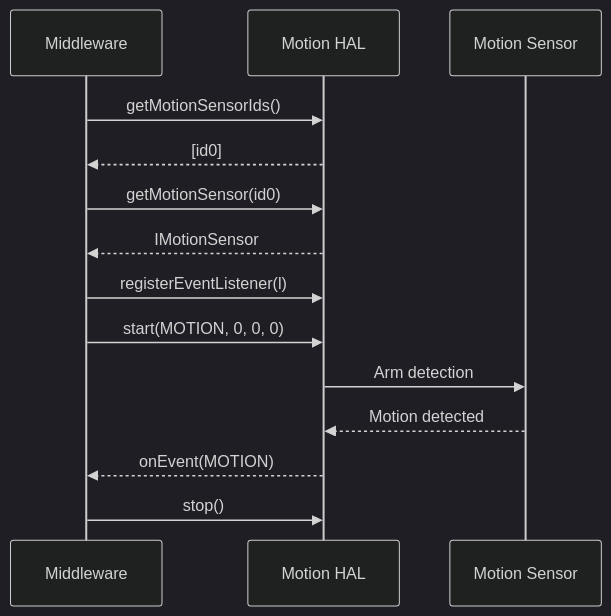
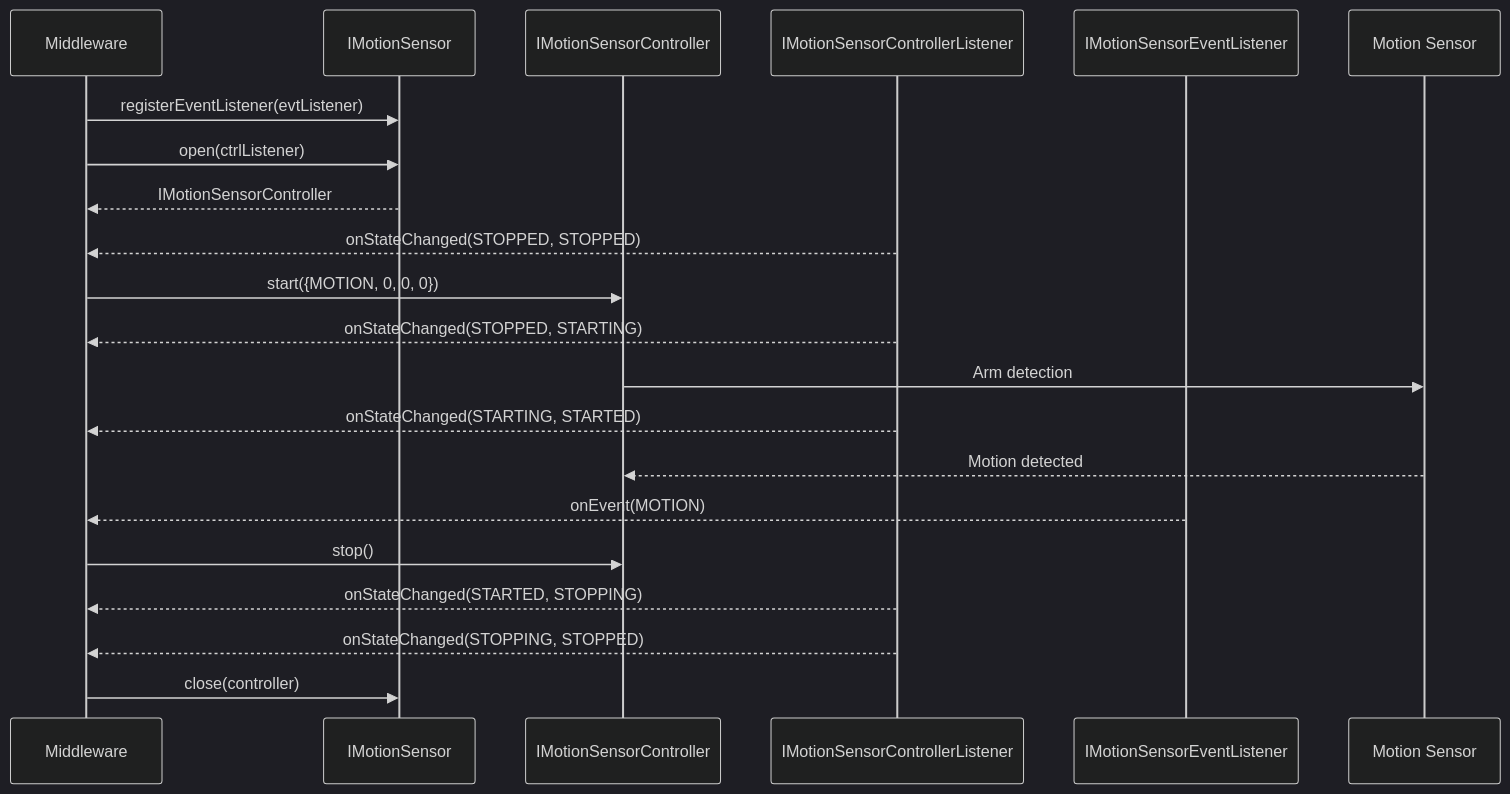
Before and after one commit to rdkcentral/rdk-halif-aidl: the second of 3 diagrams in docs/halif/sensor/current/motion/motion_sensor.md, drawn with Mermaid (dark theme). The commit also changed other lines of this file, not shown here.

First line of the commit message:
docs(motion_sensor): rewrite documentation for controller pattern (#427)

````diff
--- a/docs/halif/sensor/current/motion/motion_sensor.md
+++ b/docs/halif/sensor/current/motion/motion_sensor.md
@@ -216,17 +265,28 @@
 ```mermaid
 sequenceDiagram
     participant MW as Middleware
-    participant HAL as Motion HAL
-    participant Sensor as Motion Sensor
+    participant Sensor as IMotionSensor
+    participant Ctrl as IMotionSensorController
+    participant CtrlL as IMotionSensorControllerListener
+    participant EvtL as IMotionSensorEventListener
+    participant HW as Motion Sensor
 
-    MW->>HAL: getMotionSensorIds()
-    HAL-->>MW: [id0]
-    MW->>HAL: getMotionSensor(id0)
-    HAL-->>MW: IMotionSensor
-    MW->>HAL: registerEventListener(l)
-    MW->>HAL: start(MOTION, 0, 0, 0)
-    HAL->>Sensor: Arm detection
-    Sensor-->>HAL: Motion detected
-    HAL-->>MW: onEvent(MOTION)
-    MW->>HAL: stop()
+    MW->>Sensor: registerEventListener(evtListener)
+    MW->>Sensor: open(ctrlListener)
+    Sensor-->>MW: IMotionSensorController
+    CtrlL-->>MW: onStateChanged(STOPPED, STOPPED)
+
+    MW->>Ctrl: start({MOTION, 0, 0, 0})
+    CtrlL-->>MW: onStateChanged(STOPPED, STARTING)
+    Ctrl->>HW: Arm detection
+    CtrlL-->>MW: onStateChanged(STARTING, STARTED)
+
+    HW-->>Ctrl: Motion detected
+    EvtL-->>MW: onEvent(MOTION)
+
+    MW->>Ctrl: stop()
+    CtrlL-->>MW: onStateChanged(STARTED, STOPPING)
+    CtrlL-->>MW: onStateChanged(STOPPING, STOPPED)
+
+    MW->>Sensor: close(controller)
 ```
````
